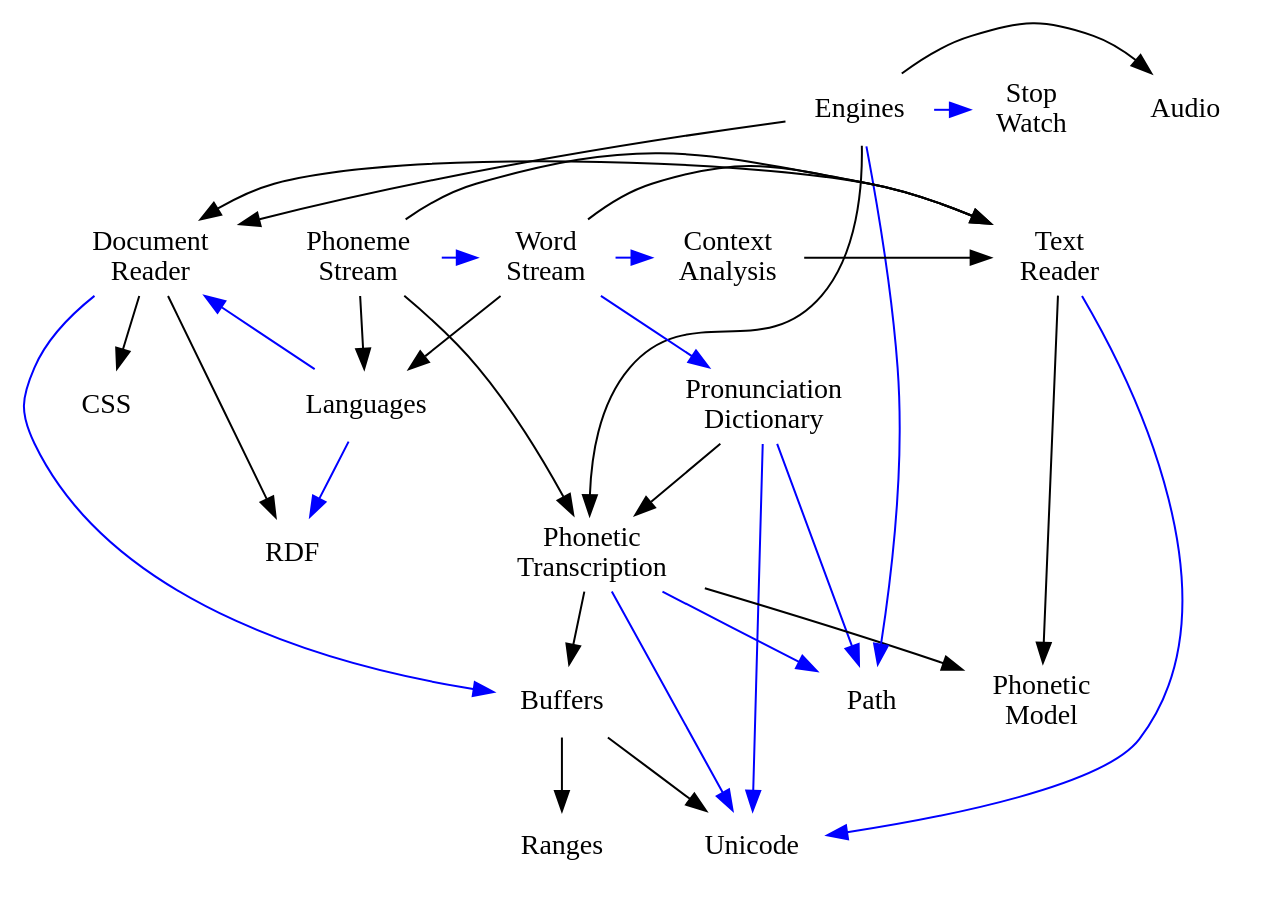
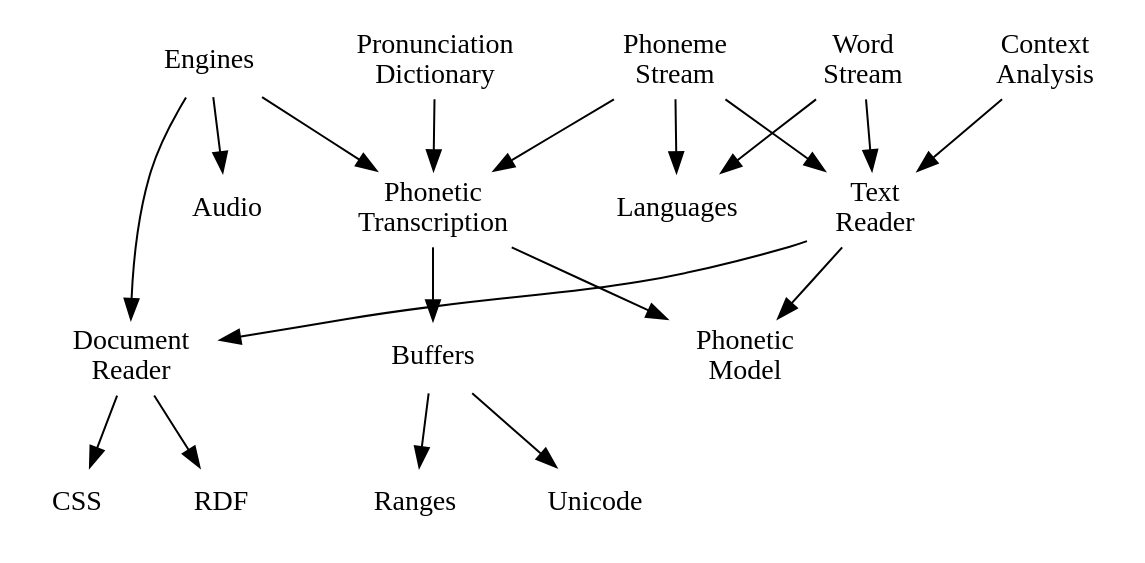
The diagram in docs/api/src/architecture.dot (rhdunn/cainteoir-engine), drawn with Graphviz before and after one commit.

Commit message:
architecture.dot: do not show implementation dependencies

```diff
--- a/docs/api/src/architecture.dot
+++ b/docs/api/src/architecture.dot
@@ -1,84 +1,49 @@
 digraph "Architecture" {
 
 	buffers                [shape=none, label="Buffers", URL="group__buffers.html"]
 	css                    [shape=none, label="CSS", URL="group__css.html"]
 	dictionary             [shape=none, label="Pronunciation&#x0A;Dictionary", URL="group__dictionary.html"]
 	languages              [shape=none, label="Languages", URL="group__languages.html"]
-	path                   [shape=none, label="Path", URL="group__path.html"]
 	phoneme_model          [shape=none, label="Phonetic&#x0A;Model", URL="group__phoneme.html"]
 	phoneme_transcription  [shape=none, label="Phonetic&#x0A;Transcription", URL="group__phonetic__transcription.html"]
 	ranges                 [shape=none, label="Ranges", URL="group__ranges.html"]
 	rdf                    [shape=none, label="RDF", URL="group__rdf.html"]
 	unicode                [shape=none, label="Unicode", URL="group__unicode.html"]
-
-	subgraph { rank=same;
-
-	stopwatch              [shape=none, label="Stop&#x0A;Watch", URL="group__stopwatch.html"]
 	tts_engines            [shape=none, label="Engines", URL="group__tts__engines.html"]
 	audio                  [shape=none, label="Audio", URL="group__audio.html"]
-
-	}
-
-	subgraph { rank=same;
-
 	document_reader        [shape=none, label="Document&#x0A;Reader", URL="group__document__reader.html"]
 	text_reader            [shape=none, label="Text&#x0A;Reader", URL="group__text__reader.html"]
 	context_analysis       [shape=none, label="Context&#x0A;Analysis", URL="group__context__analysis.html"]
 	word_stream            [shape=none, label="Word&#x0A;Stream", URL="group__word__stream.html"]
 	phoneme_stream         [shape=none, label="Phoneme&#x0A;Stream", URL="group__phoneme__stream.html"]
-
-	}
 
 	// usage (API)
 
 	buffers -> ranges [color=black]
 	buffers -> unicode [color=black]
 
 	dictionary -> phoneme_transcription [color=black]
 
 	document_reader -> rdf     [color=black]
 	document_reader -> css     [color=black]
 
 	phoneme_transcription -> buffers [color=black]
 	phoneme_transcription -> phoneme_model [color=black]
 
 	text_reader -> phoneme_model [color=black]
 	text_reader -> document_reader [color=black]
 
 	context_analysis -> text_reader [color=black]
 
 	word_stream -> text_reader [color=black]
 	word_stream -> languages [color=black]
 
 	phoneme_stream -> text_reader [color=black]
 	phoneme_stream -> languages [color=black]
 	phoneme_stream -> phoneme_transcription [color=black]
 
 	tts_engines -> document_reader [color=black]
 	tts_engines -> audio [color=black]
 	tts_engines -> phoneme_transcription [color=black]
 
-	// usage (implementation)
-
-	dictionary -> path [color=blue]
-	dictionary -> unicode [color=blue]
-
-	document_reader -> buffers [color=blue]
-
-	languages -> rdf [color=blue]
-	languages -> document_reader [color=blue]
-
-	phoneme_transcription -> path [color=blue]
-	phoneme_transcription -> unicode [color=blue]
-
-	tts_engines -> path [color=blue]
-	tts_engines -> stopwatch [color=blue]
-
-	text_reader -> unicode [color=blue]
-
-	word_stream -> context_analysis [color=blue]
-	word_stream -> dictionary [color=blue]
-
-	phoneme_stream -> word_stream [color=blue]
-
 }
```
